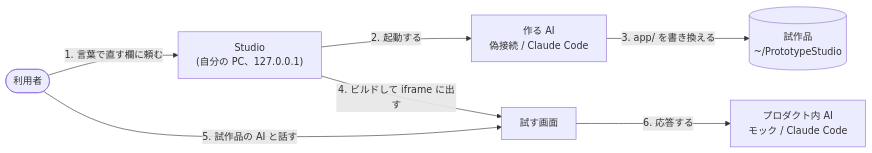
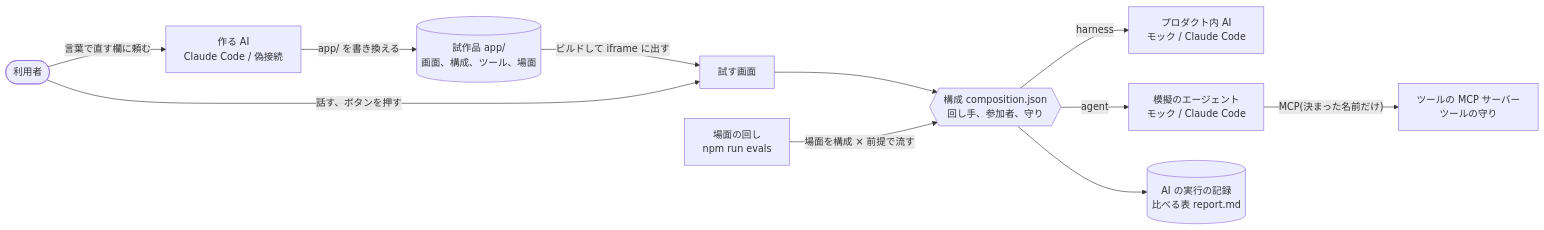
Before and after one commit to jyoka/agent-prototype-studio: the diagram in README.md, drawn with Mermaid. The commit also changed other lines of this file and 1 other file, not shown here.

Commit message:
task 368: Prototype Studio: README を、作ることと模擬して効果を見ることの両方が分かる形に書き直す

````diff
--- a/README.md
+++ b/README.md
@@ -11,9 +11,13 @@
 ```mermaid
 flowchart LR
-    you(["利用者"]) -- "1. 言葉で直す欄に頼む" --> studio["Studio<br/>(自分の PC、127.0.0.1)"]
-    studio -- "2. 起動する" --> maker["作る AI<br/>偽接続 / Claude Code"]
-    maker -- "3. app/ を書き換える" --> app[("試作品<br/>~/PrototypeStudio")]
-    studio -- "4. ビルドして iframe に出す" --> try["試す画面"]
-    you -- "5. 試作品の AI と話す" --> try
-    try -- "6. 応答する" --> pai["プロダクト内 AI<br/>モック / Claude Code"]
+    you(["利用者"]) -- "言葉で直す欄に頼む" --> maker["作る AI<br/>Claude Code / 偽接続"]
+    maker -- "app/ を書き換える" --> app[("試作品 app/<br/>画面、構成、ツール、場面")]
+    app -- "ビルドして iframe に出す" --> try["試す画面"]
+    you -- "話す、ボタンを押す" --> try
+    try --> comp{{"構成 composition.json<br/>回し手、参加者、守り"}}
+    evals["場面の回し<br/>npm run evals"] -- "場面を構成 × 前提で流す" --> comp
+    comp -- "harness" --> pai["プロダクト内 AI<br/>モック / Claude Code"]
+    comp -- "agent" --> sim["模擬のエージェント<br/>モック / Claude Code"]
+    sim -- "MCP(決まった名前だけ)" --> tools["ツールの MCP サーバー<br/>ツールの守り"]
+    comp --> trace[("AI の実行の記録<br/>比べる表 report.md")]
 ```
````
